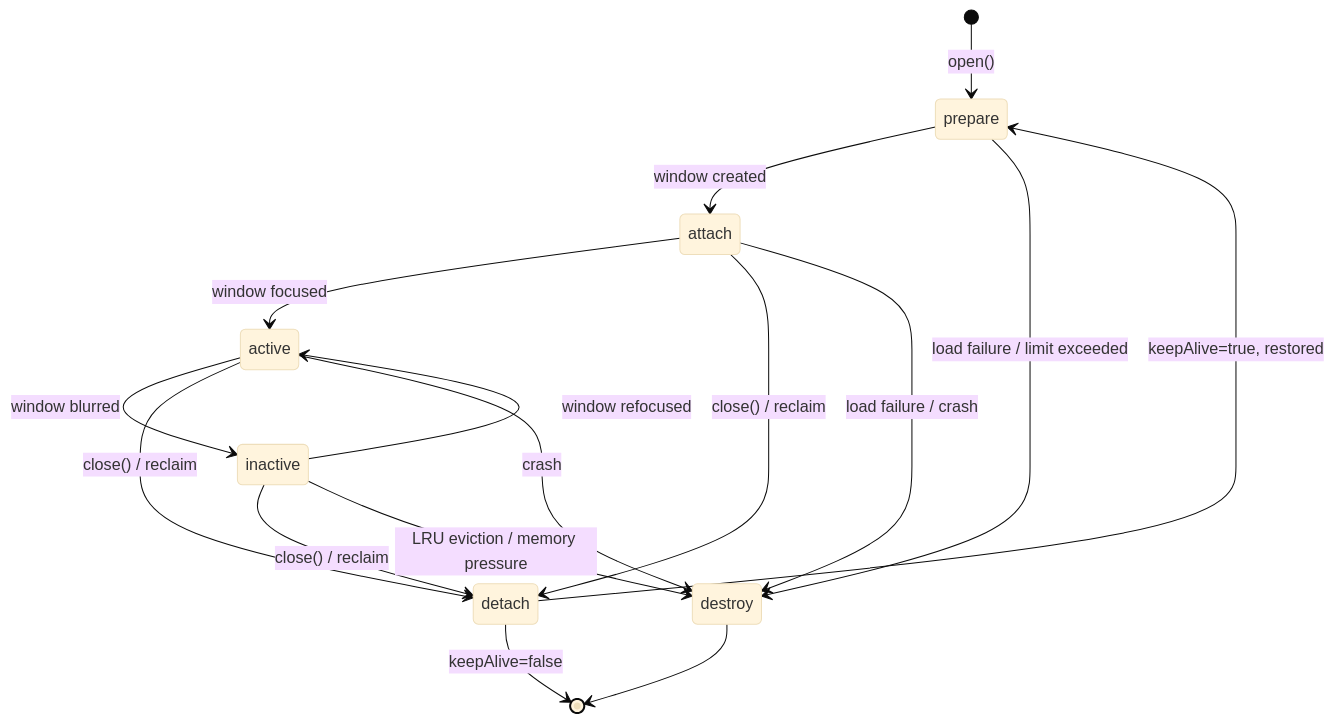
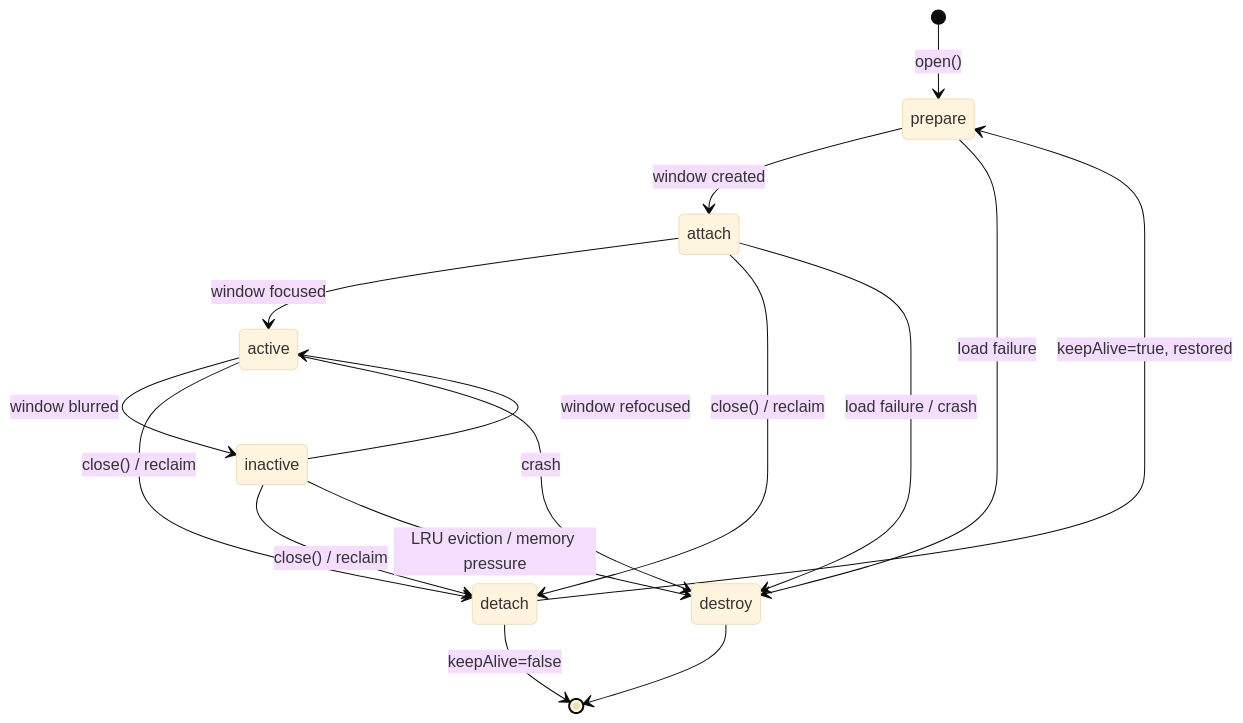
Before and after one commit to talex-touch/tuff: the diagram in apps/nexus/content/docs/dev/api/division-box.en.mdc, drawn with Mermaid (base theme). The commit also changed other lines of this file and 4 other files, not shown here.

````diff
--- a/apps/nexus/content/docs/dev/api/division-box.en.mdc
+++ b/apps/nexus/content/docs/dev/api/division-box.en.mdc
@@ -337,18 +340,18 @@
 ```mermaid
 stateDiagram-v2
     [*] --> prepare: open()
     prepare --> attach: window created
     attach --> active: window focused
     active --> inactive: window blurred
     inactive --> active: window refocused
     inactive --> detach: close() / reclaim
     active --> detach: close() / reclaim
     attach --> detach: close() / reclaim
     detach --> [*]: keepAlive=false
     detach --> prepare: keepAlive=true, restored
-    prepare --> destroy: load failure / limit exceeded
+    prepare --> destroy: load failure
     attach --> destroy: load failure / crash
     active --> destroy: crash
     inactive --> destroy: LRU eviction / memory pressure
     destroy --> [*]
 ```
````
